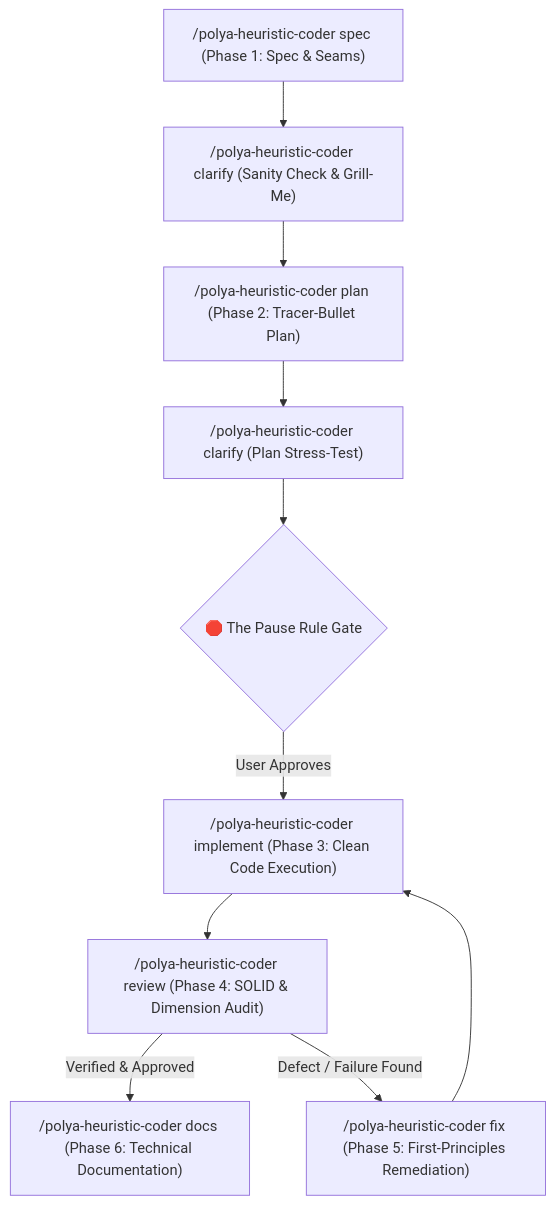
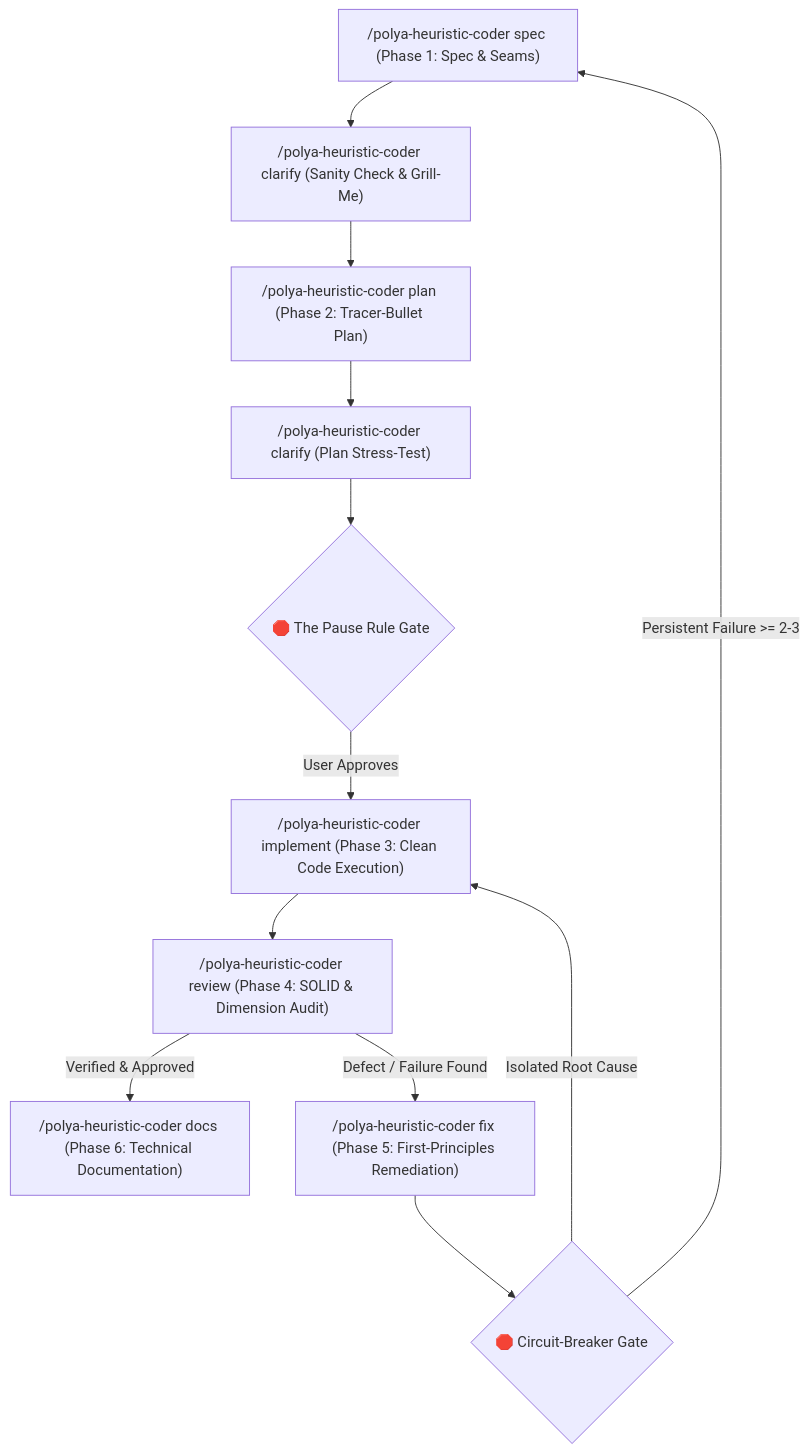
Before and after one commit to GulajavaMinistudio/awesome-copilot-id: the diagram in polya-coder/README.md, drawn with Mermaid. The commit also changed other lines of this file and 19 other files, not shown here.

````diff
--- a/polya-coder/README.md
+++ b/polya-coder/README.md
@@ -87,12 +122,14 @@
 ```mermaid
 graph TD
     Spec["/polya-heuristic-coder spec (Phase 1: Spec & Seams)"] --> Clarify1["/polya-heuristic-coder clarify (Sanity Check & Grill-Me)"]
     Clarify1 --> Plan["/polya-heuristic-coder plan (Phase 2: Tracer-Bullet Plan)"]
     Plan --> Clarify2["/polya-heuristic-coder clarify (Plan Stress-Test)"]
     Clarify2 --> Pause{🛑 The Pause Rule Gate}
     Pause -->|User Approves| Implement["/polya-heuristic-coder implement (Phase 3: Clean Code Execution)"]
     Implement --> Review["/polya-heuristic-coder review (Phase 4: SOLID & Dimension Audit)"]
     Review -->|Verified & Approved| Docs["/polya-heuristic-coder docs (Phase 6: Technical Documentation)"]
     Review -->|Defect / Failure Found| BugFix["/polya-heuristic-coder fix (Phase 5: First-Principles Remediation)"]
-    BugFix --> Implement
+    BugFix --> Breaker{🛑 Circuit-Breaker Gate}
+    Breaker -->|Isolated Root Cause| Implement
+    Breaker -->|Persistent Failure >= 2-3| Spec
 ```
````
